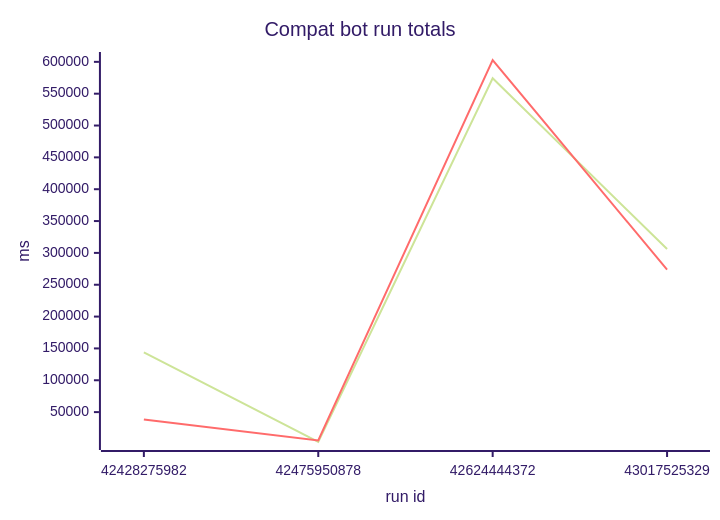
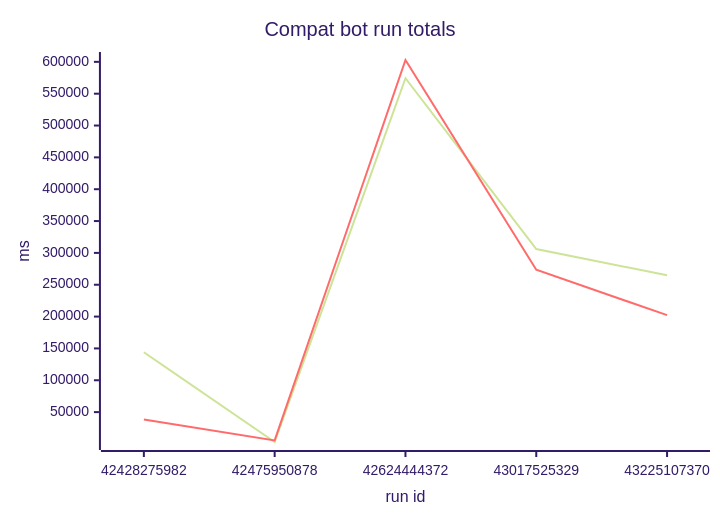
One commit to roc-talon/talon changed the diagram in stats/compat/README.md. Above: the diagram before and after it, drawn with Mermaid (forest theme). The commit also changed other lines of this file and 2 other files, not shown here.

Commit message:
compat stats: run 43225107370

````diff
--- a/stats/compat/README.md
+++ b/stats/compat/README.md
@@ -7,8 +7,8 @@
 ```mermaid
 xychart-beta
     title "Compat bot run totals"
-    x-axis "run id" ["42428275982", "42475950878", "42624444372", "43017525329"]
+    x-axis "run id" ["42428275982", "42475950878", "42624444372", "43017525329", "43225107370"]
     y-axis "ms"
-    line [143940, 3060, 574300, 306000]
-    line [38340, 5610, 602900, 273650]
+    line [143940, 3060, 574300, 306000, 264960]
+    line [38340, 5610, 602900, 273650, 202220]
 ```
````
